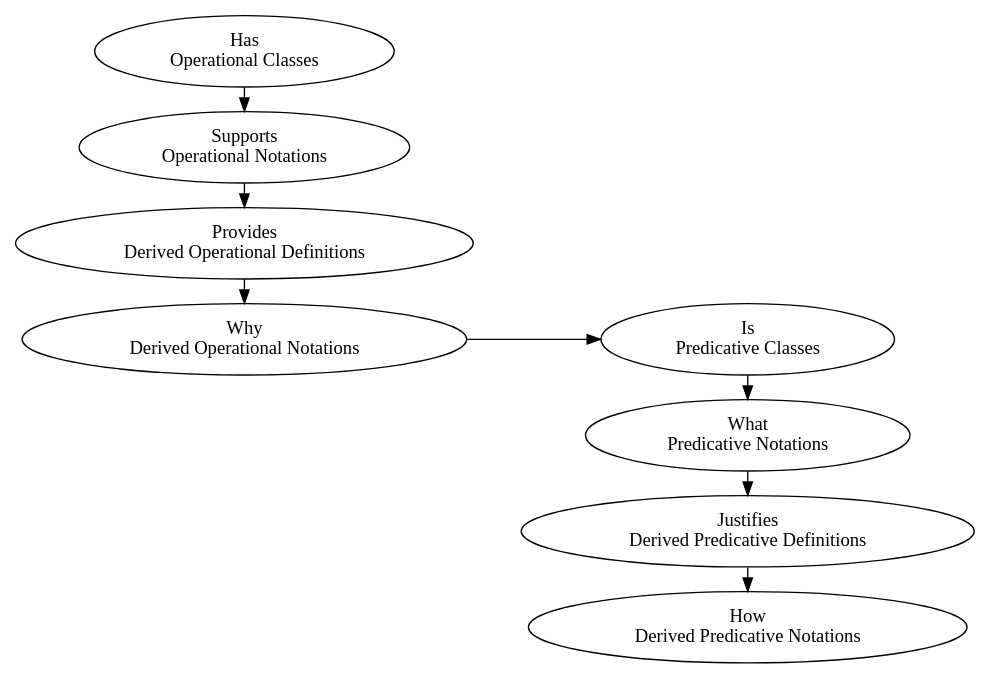
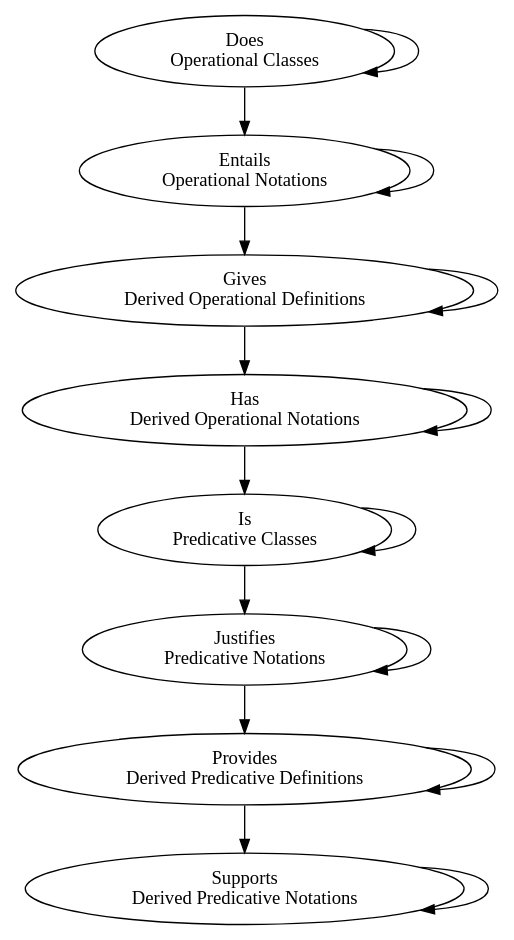
One commit to Tuplanolla/dez changed the diagram in prototype/hierarchy.dot. Above: the diagram before and after it, drawn with Graphviz.

Commit message:
Planning more puns.

```diff
--- a/prototype/hierarchy.dot
+++ b/prototype/hierarchy.dot
@@ -1,29 +1,66 @@
 digraph hierarchy {
-  rankdir = LR
+  // Ideally, the following list be in alphabetical order.
 
-  subgraph operational {
-    rank = same
+  /*
+  Does [label = "\N\nOperational Classes"]
+  Entails [label = "\N\nOperational Notations"]
+  Gives [label = "\N\nDerived Operational Definitions"]
+  Has [label = "\N\nDerived Operational Notations"]
+  Is [label = "\N\nPredicative Classes"]
+  Justifies [label = "\N\nPredicative Notations"]
+  Provides [label = "\N\nDerived Predicative Definitions"]
+  Supports [label = "\N\nDerived Predicative Notations"]
+  */
 
-    Has [label = "\N\nOperational Classes"]
-    Supports [label = "\N\nOperational Notations"]
-    Provides [label = "\N\nDerived Operational Definitions"]
-    Why [label = "\N\nDerived Operational Notations"]
-  }
+  // Less ideally, the following pairs would be in alphabetical order.
 
-  subgraph predicative {
-    rank = same
+  /*
+  Does [label = "\N\nOperational Classes"]
+  Is [label = "\N\nPredicative Classes"]
 
-    Is [label = "\N\nPredicative Classes"]
-    What [label = "\N\nPredicative Notations"]
-    Justifies [label = "\N\nDerived Predicative Definitions"]
-    How [label = "\N\nDerived Predicative Notations"]
-  }
+  Entails [label = "\N\nOperational Notations"]
+  Justifies [label = "\N\nPredicative Notations"]
 
-  Has -> Supports
-  Supports -> Provides
-  Provides -> Why
-  Why -> Is
-  Is -> What
-  What -> Justifies
-  Justifies -> How
+  Gives [label = "\N\nDerived Operational Definitions"]
+  Provides [label = "\N\nDerived Predicative Definitions"]
+
+  Has [label = "\N\nDerived Operational Notations"]
+  Supports [label = "\N\nDerived Predicative Notations"]
+  */
+
+  // Currently, the assignment is the following.
+
+  /*
+  Has [label = "\N\nOperational Classes"]
+  Provides [label = "\N\nDerived Operational Definitions"]
+  Supports [label = "\N\nDerived Operational Notations"]
+  Is [label = "\N\nPredicative Classes"]
+  Justifies [label = "\N\nDerived Predicative Definitions"]
+  */
+
+  Does [label = "\N\nOperational Classes"]
+  Is [label = "\N\nPredicative Classes"]
+  Entails [label = "\N\nOperational Notations"]
+  Justifies [label = "\N\nPredicative Notations"]
+  Gives [label = "\N\nDerived Operational Definitions"]
+  Provides [label = "\N\nDerived Predicative Definitions"]
+  Has [label = "\N\nDerived Operational Notations"]
+  Supports [label = "\N\nDerived Predicative Notations"]
+
+  Does -> Entails
+  Entails -> Gives
+  Gives -> Has
+  Has -> Is
+  Is -> Justifies
+  Justifies -> Provides
+  Provides -> Supports
+
+  Does -> Does
+  Entails -> Entails
+  Gives -> Gives
+  Has -> Has
+  Is -> Is
+  Justifies -> Justifies
+  Provides -> Provides
+  Supports -> Supports
 }
```
